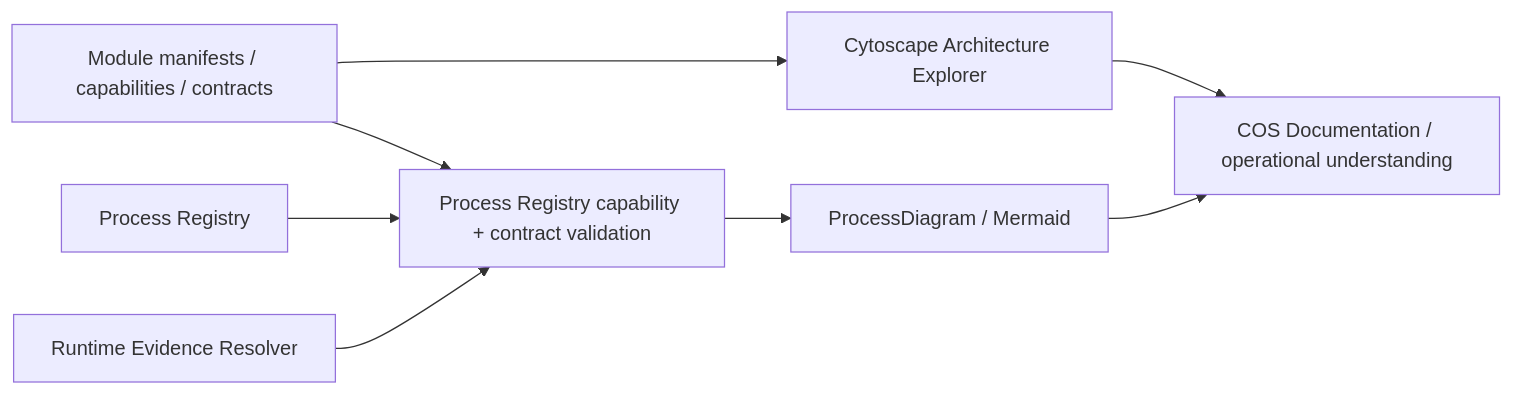
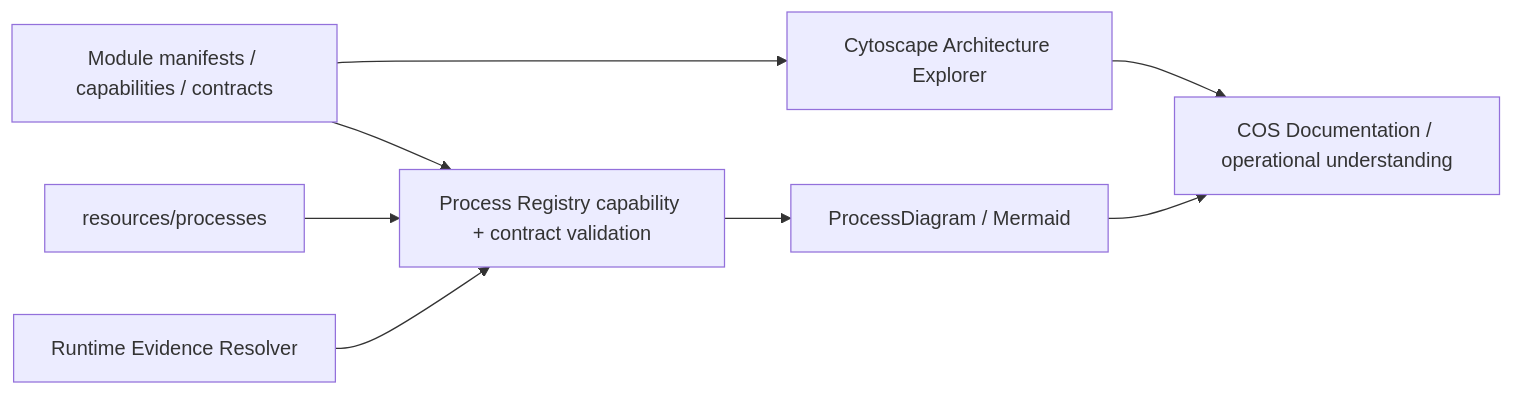
Before and after one commit to Murakhovsky/TerraNova2026: the diagram in docs/02-workflows/business-process-modeling.md, drawn with Mermaid. The commit also changed other lines of this file, not shown here.

Commit message:
Process V0.1 — move process modeling authority out of docs

````diff
--- a/docs/02-workflows/business-process-modeling.md
+++ b/docs/02-workflows/business-process-modeling.md
@@ -224,10 +225,10 @@
 ```mermaid
 flowchart LR
     A[Module manifests / capabilities / contracts] --> B[Cytoscape Architecture Explorer]
     A --> C[Process Registry capability + contract validation]
-    D[Process Registry] --> C
+    D[resources/processes] --> C
     E[Runtime Evidence Resolver] --> C
     C --> F[ProcessDiagram / Mermaid]
     B --> G[COS Documentation / operational understanding]
     F --> G
 ```
````
